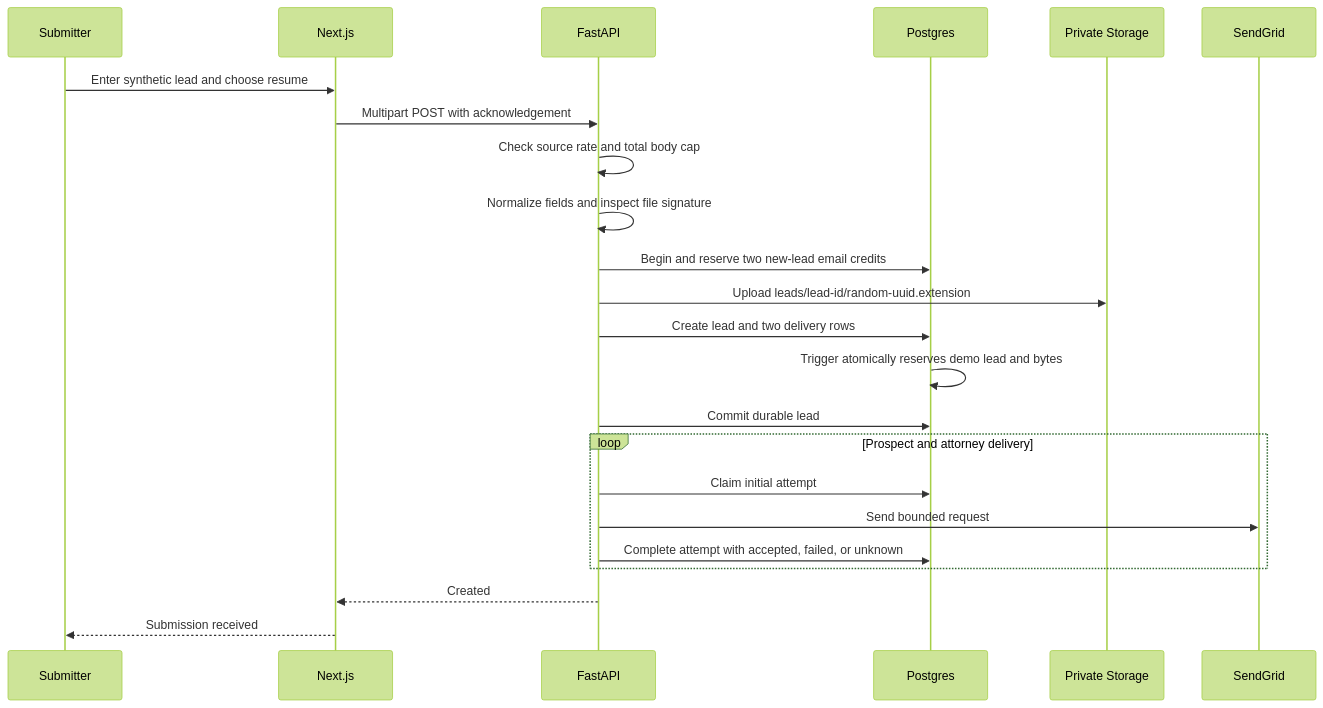
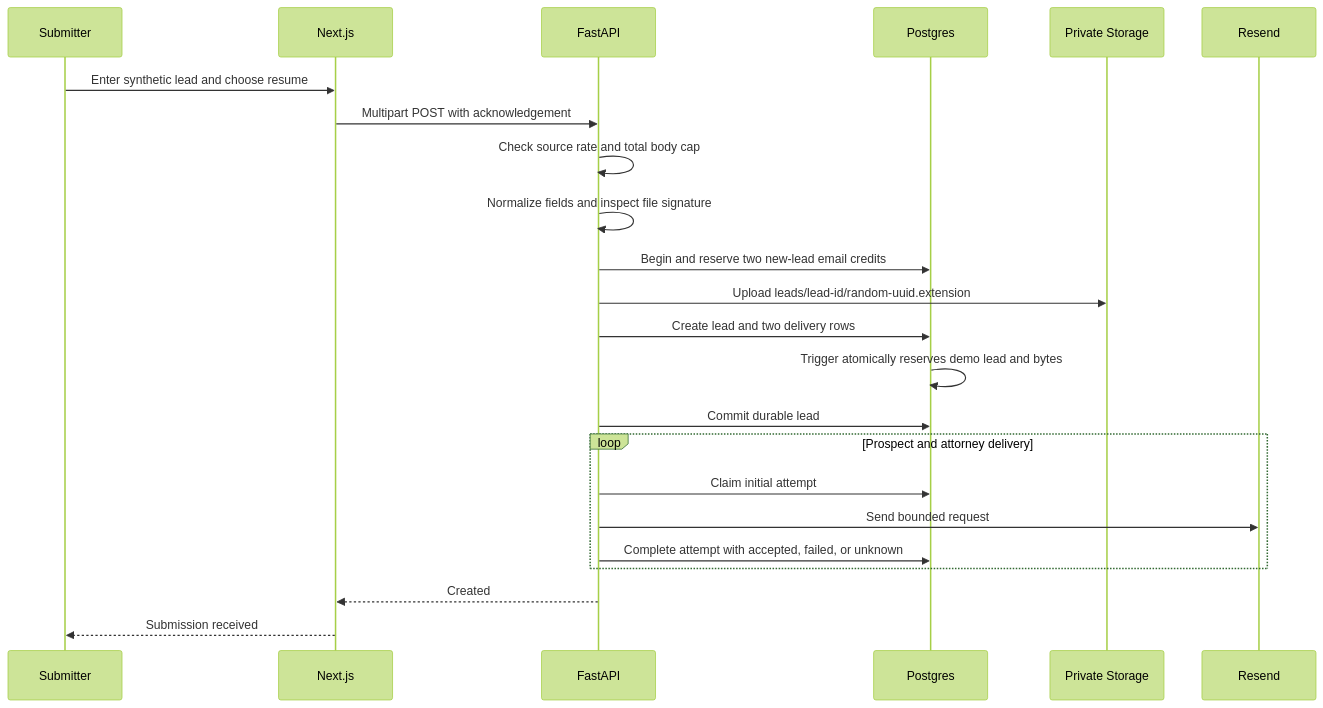
The fourth of 7 diagrams in docs/system-design.md (Ricky-RL/AlmaPortal), drawn with Mermaid (forest theme) before and after one commit. The commit also changed other lines of this file and 39 other files, not shown here.

First line of the commit message:
feat: switch mail to Resend and add the submission packet

````diff
--- a/docs/system-design.md
+++ b/docs/system-design.md
@@ -366,26 +371,26 @@
 ```mermaid
 sequenceDiagram
     participant User as Submitter
     participant Web as Next.js
     participant API as FastAPI
     participant DB as Postgres
     participant Storage as Private Storage
-    participant Mail as SendGrid
+    participant Mail as Resend
 
     User->>Web: Enter synthetic lead and choose resume
     Web->>API: Multipart POST with acknowledgement
     API->>API: Check source rate and total body cap
     API->>API: Normalize fields and inspect file signature
     API->>DB: Begin and reserve two new-lead email credits
     API->>Storage: Upload leads/lead-id/random-uuid.extension
     API->>DB: Create lead and two delivery rows
     DB->>DB: Trigger atomically reserves demo lead and bytes
     API->>DB: Commit durable lead
     loop Prospect and attorney delivery
         API->>DB: Claim initial attempt
         API->>Mail: Send bounded request
         API->>DB: Complete attempt with accepted, failed, or unknown
     end
     API-->>Web: Created
     Web-->>User: Submission received
 ```
````
